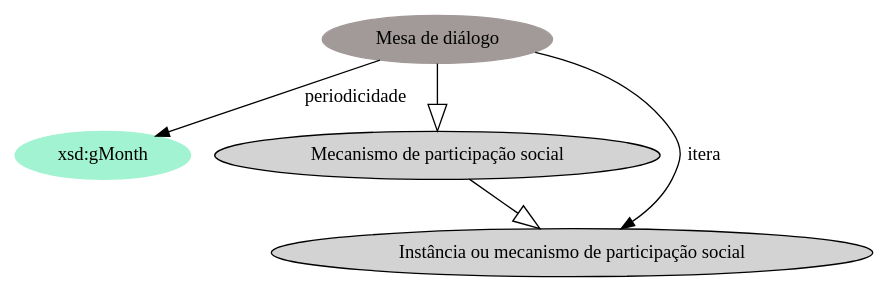
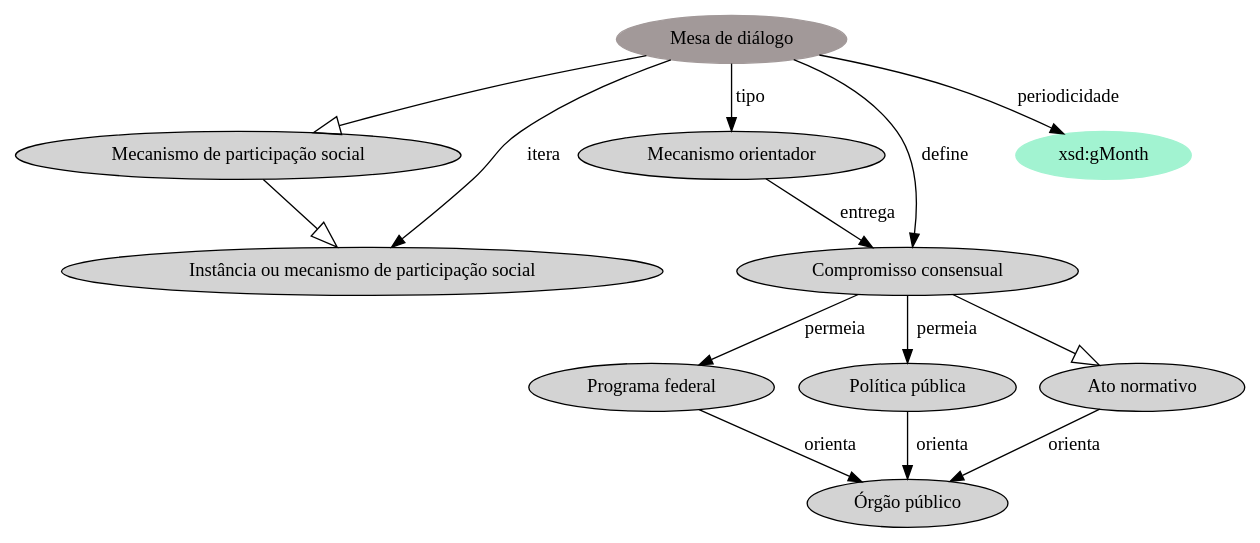
The diagram in rdf/obsMesaDeDialogo.dot (ttm/vocabulario-participacao), drawn with Graphviz before and after one commit. The commit also changed 8 other files, not shown here.

```diff
--- a/rdf/obsMesaDeDialogo.dot
+++ b/rdf/obsMesaDeDialogo.dot
@@ -1,16 +1,32 @@
 digraph  {
 	node [label="\N"];
 	"Mesa de diálogo"	 [color="#A29999",
 		style=filled];
+	"Mecanismo de participação social"	 [style=filled];
+	"Mesa de diálogo" -> "Mecanismo de participação social"	 [arrowhead=empty,
+		arrowsize=2];
+	"Mecanismo orientador"	 [style=filled];
+	"Mesa de diálogo" -> "Mecanismo orientador"	 [label=tipo];
+	"Compromisso consensual"	 [style=filled];
+	"Mesa de diálogo" -> "Compromisso consensual"	 [label=define];
+	"Instância ou mecanismo de participação social"	 [style=filled];
+	"Mesa de diálogo" -> "Instância ou mecanismo de participação social"	 [label=itera];
 	1	 [color="#A2F3D1",
 		label="xsd:gMonth",
 		style=filled];
 	"Mesa de diálogo" -> 1	 [label=periodicidade];
-	"Mecanismo de participação social"	 [style=filled];
-	"Mesa de diálogo" -> "Mecanismo de participação social"	 [arrowhead=empty,
-		arrowsize=2];
-	"Instância ou mecanismo de participação social"	 [style=filled];
-	"Mesa de diálogo" -> "Instância ou mecanismo de participação social"	 [label=itera];
 	"Mecanismo de participação social" -> "Instância ou mecanismo de participação social"	 [arrowhead=empty,
 		arrowsize=2];
+	"Mecanismo orientador" -> "Compromisso consensual"	 [label=entrega];
+	"Programa federal"	 [style=filled];
+	"Compromisso consensual" -> "Programa federal"	 [label=permeia];
+	"Política pública"	 [style=filled];
+	"Compromisso consensual" -> "Política pública"	 [label=permeia];
+	"Ato normativo"	 [style=filled];
+	"Compromisso consensual" -> "Ato normativo"	 [arrowhead=empty,
+		arrowsize=2];
+	"Órgão público"	 [style=filled];
+	"Programa federal" -> "Órgão público"	 [label=orienta];
+	"Política pública" -> "Órgão público"	 [label=orienta];
+	"Ato normativo" -> "Órgão público"	 [label=orienta];
 }
```
